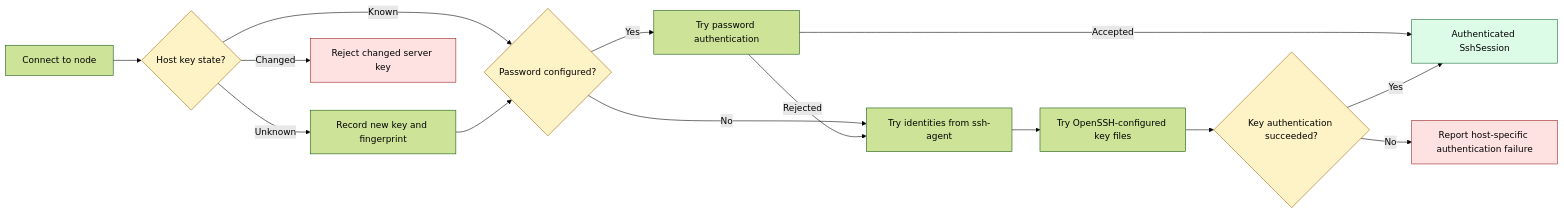
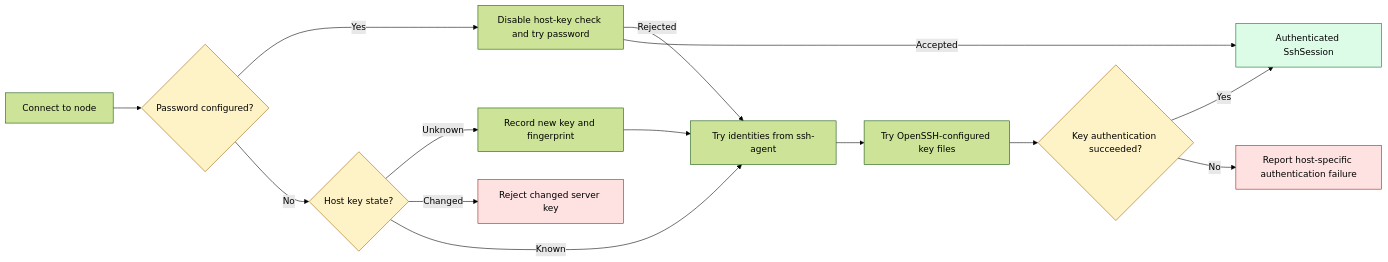
Diagram 28 of 43 in docs/sbk-internals.md (kmgowda/SBK), drawn with Mermaid (forest theme) before and after one commit. The commit also changed other lines of this file and 8 other files, not shown here.

Commit message:
Prioritize password SSH and enlarge SCP buffer

````diff
--- a/docs/sbk-internals.md
+++ b/docs/sbk-internals.md
@@ -2121,23 +2123,23 @@
 ```mermaid
 flowchart LR
-    START["Connect to node"] --> HOST{"Host key state?"}
+    START["Connect to node"] --> PASS{"Password configured?"}
+    PASS -->|Yes| PASSWORD["Disable host-key check and try password"]
+    PASS -->|No| HOST{"Host key state?"}
     HOST -->|Unknown| RECORD["Record new key and fingerprint"]
     HOST -->|Changed| REJECT["Reject changed server key"]
-    HOST -->|Known| PASS{"Password configured?"}
-    RECORD --> PASS
-    PASS -->|Yes| PASSWORD["Try password authentication"]
-    PASS -->|No| AGENT["Try identities from ssh-agent"]
+    HOST -->|Known| AGENT["Try identities from ssh-agent"]
+    RECORD --> AGENT
     PASSWORD -->|Rejected| AGENT
     AGENT --> FILES["Try OpenSSH-configured key files"]
     PASSWORD -->|Accepted| READY["Authenticated SshSession"]
     FILES --> RESULT{"Key authentication succeeded?"}
     RESULT -->|Yes| READY
     RESULT -->|No| FAIL["Report host-specific authentication failure"]
 
     classDef good fill:#dcfce7,stroke:#166534,color:#000
     classDef bad fill:#fee2e2,stroke:#991b1b,color:#000
     classDef decision fill:#fef3c7,stroke:#a16207,color:#000
     class READY good
     class REJECT,FAIL bad
     class HOST,PASS,RESULT decision
 ```
````
